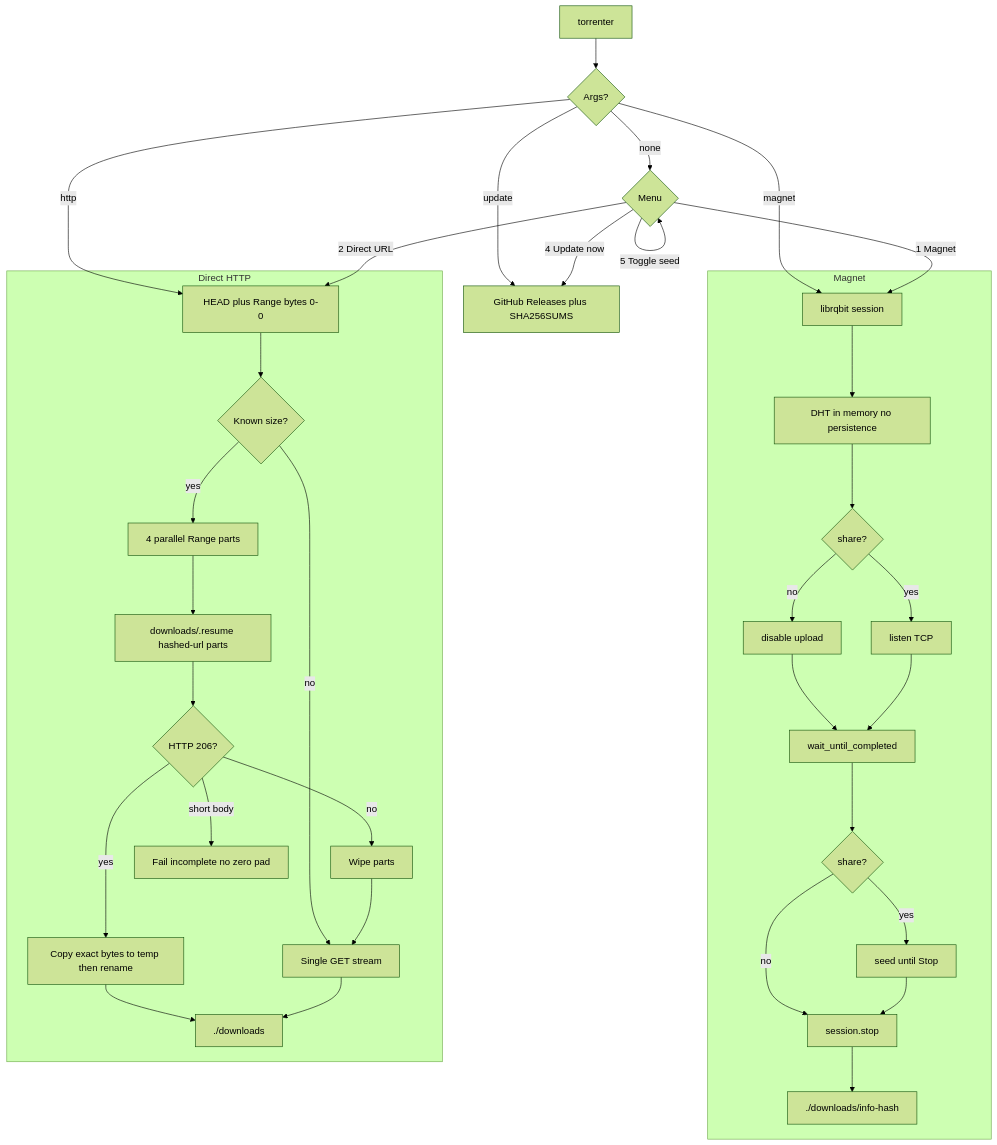
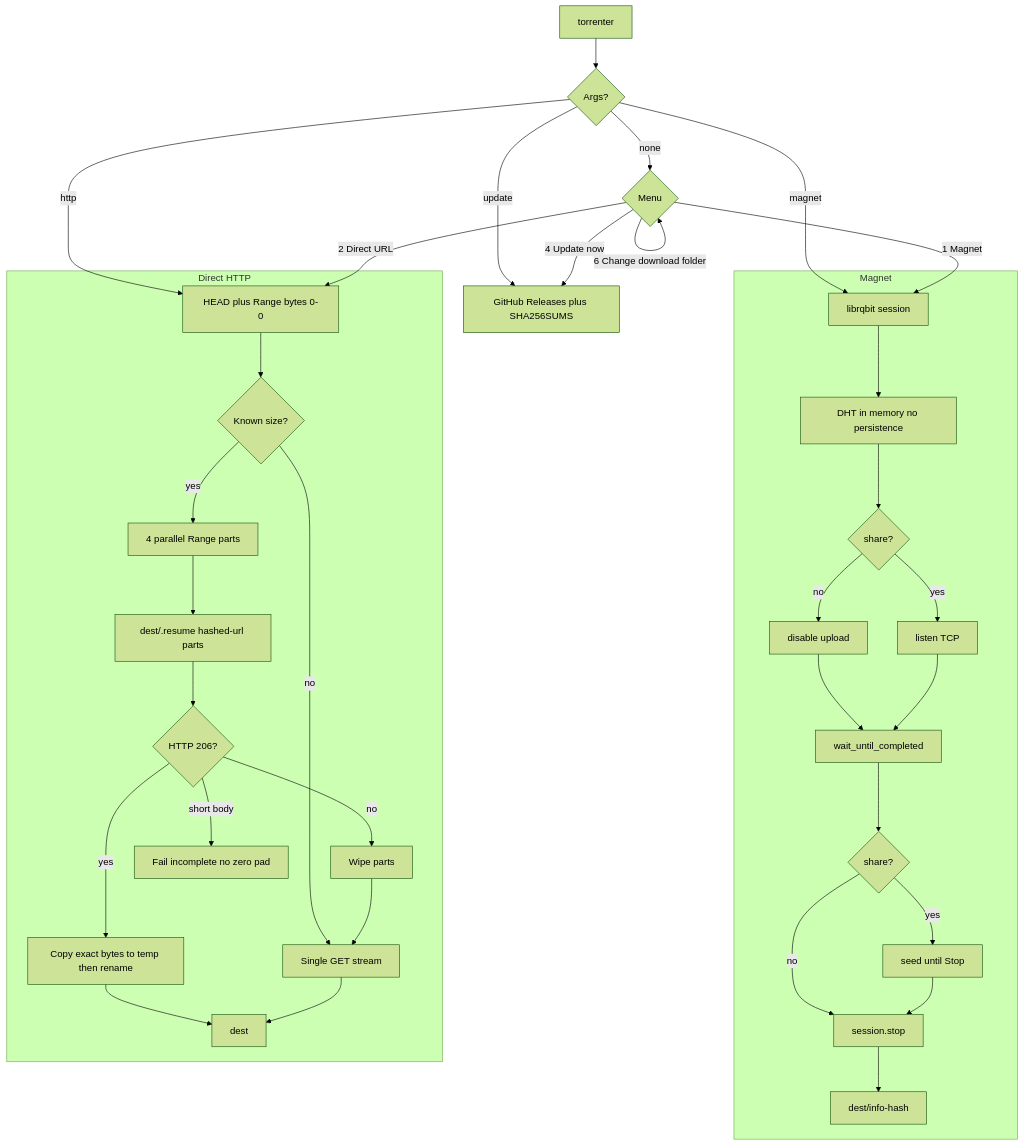
Before and after one commit to danted4/torrenter: the diagram in README.md, drawn with Mermaid (forest theme). The commit also changed other lines of this file and 11 other files, not shown here.

Commit message:
Let CLI and GUI pick a download folder instead of ./downloads.

````diff
--- a/README.md
+++ b/README.md
@@ -124,46 +127,47 @@
 ```mermaid
 flowchart TD
   start[torrenter] --> entry{Args?}
   entry -->|none| menu{Menu}
   entry -->|magnet| torrent
   entry -->|http| httpStart
   entry -->|update| updater
   menu -->|1 Magnet| torrent
   menu -->|2 Direct URL| httpStart
   menu -->|3 Toggle auto-update| menu
   menu -->|4 Update now| updater
   menu -->|5 Toggle seed| menu
+  menu -->|6 Change download folder| menu
 
   subgraph magnetFlow [Magnet]
     torrent[librqbit session]
     torrent --> dht[DHT in memory no persistence]
     dht --> upload{share?}
     upload -->|no| leech[disable upload]
     upload -->|yes| listen[listen TCP]
     leech --> waitComplete[wait_until_completed]
     listen --> waitComplete
     waitComplete --> after{share?}
     after -->|no| stopSession[session.stop]
     after -->|yes| seedUntilStop[seed until Stop]
     seedUntilStop --> stopSession
     stopSession --> magnetDir
   end
 
   subgraph httpFlow [Direct HTTP]
     httpStart[HEAD plus Range bytes 0-0]
     httpStart --> sized{Known size?}
     sized -->|no| single[Single GET stream]
     sized -->|yes| parts[4 parallel Range parts]
-    parts --> resumeDir["downloads/.resume hashed-url parts"]
+    parts --> resumeDir["dest/.resume hashed-url parts"]
     resumeDir --> honor{"HTTP 206?"}
     honor -->|no| wipe[Wipe parts] --> single
     honor -->|short body| fail[Fail incomplete no zero pad]
     honor -->|yes| merge[Copy exact bytes to temp then rename]
     merge --> httpDir
     single --> httpDir
   end
 
-  magnetDir["./downloads/info-hash"]
-  httpDir["./downloads"]
+  magnetDir["dest/info-hash"]
+  httpDir["dest"]
   updater[GitHub Releases plus SHA256SUMS]
 ```
````
